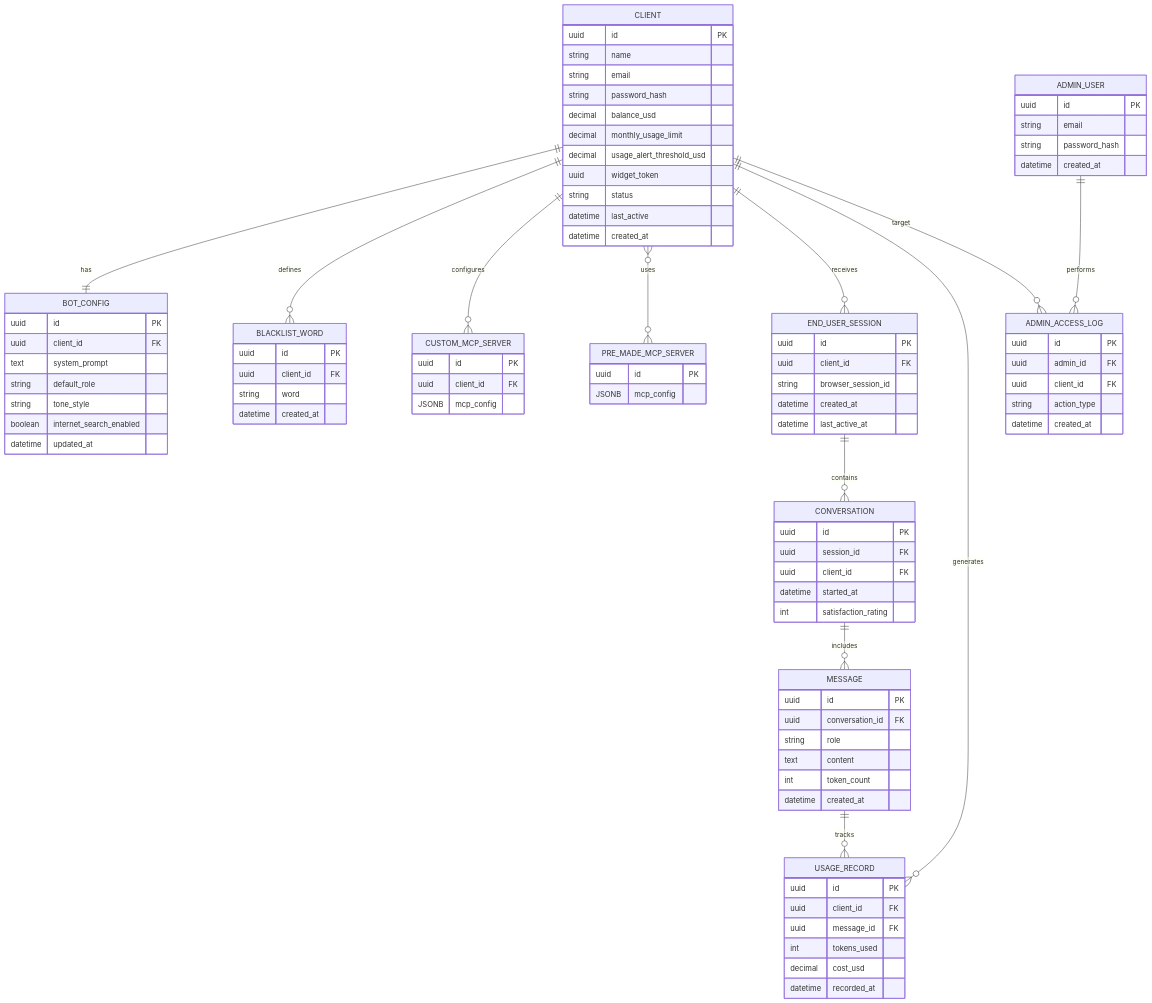
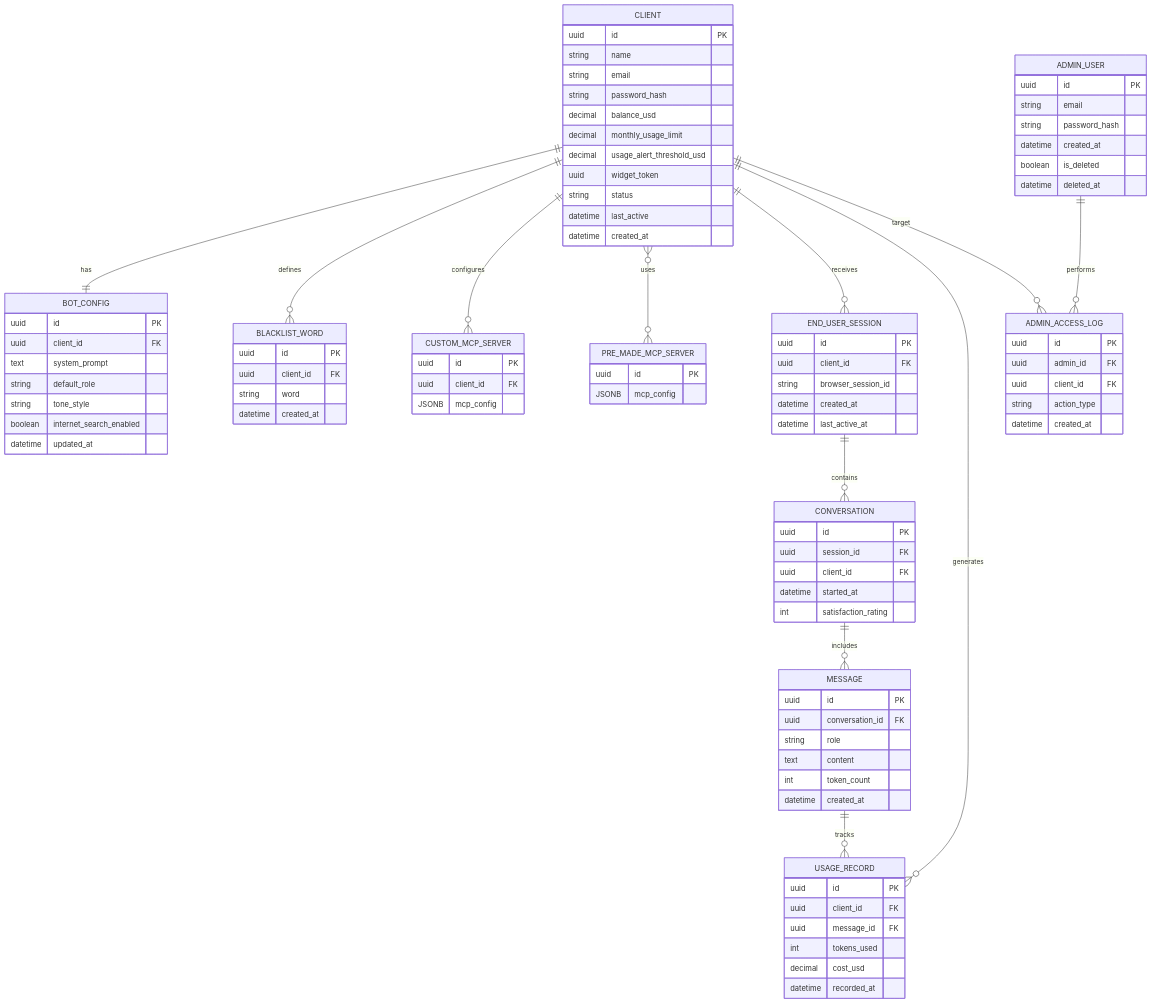
One commit to Talqo/talqo-platform changed the diagram in docs/architecture/ERD/main-mermaid.md. Above: the diagram before and after it, drawn with Mermaid.

Commit message:
docs(erd): add soft-delete fields to ADMIN_USER entity

```diff
--- a/docs/architecture/ERD/main-mermaid.md
+++ b/docs/architecture/ERD/main-mermaid.md
@@ -81,6 +81,8 @@
         string email
         string password_hash
         datetime created_at
+        boolean is_deleted
+        datetime deleted_at
     }
 
     ADMIN_ACCESS_LOG {
```
